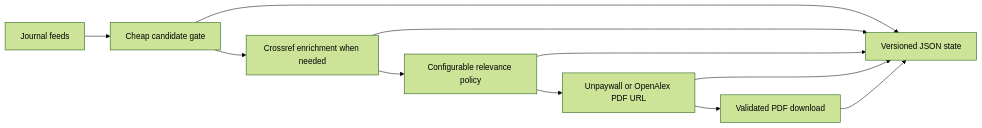
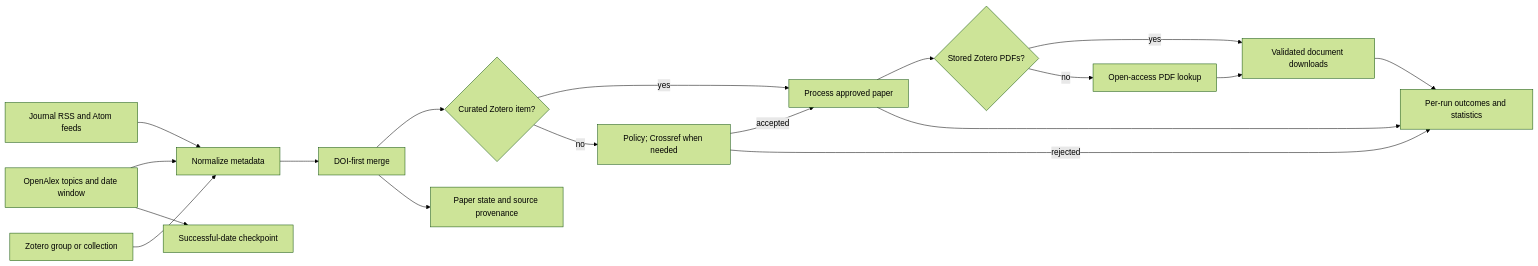
Before and after one commit to lamalab-org/perla-extract: the diagram in docs/workflows/papersbot.md, drawn with Mermaid (forest theme). The commit also changed other lines of this file and 62 other files, not shown here.

````diff
--- a/docs/workflows/papersbot.md
+++ b/docs/workflows/papersbot.md
@@ -8,13 +10,20 @@
 ```mermaid
 flowchart LR
-    A["Journal feeds"] --> B["Cheap candidate gate"]
-    B --> C["Crossref enrichment when needed"]
-    C --> D["Configurable relevance policy"]
-    D --> E["Unpaywall or OpenAlex PDF URL"]
-    E --> F["Validated PDF download"]
-    B --> G["Versioned JSON state"]
-    C --> G
-    D --> G
-    E --> G
-    F --> G
+    A["Journal RSS and Atom feeds"] --> C["Normalize metadata"]
+    B["OpenAlex topics and date window"] --> C
+    Z["Zotero group or collection"] --> C
+    C --> D["DOI-first merge"]
+    D --> E{"Curated Zotero item?"}
+    E -->|"yes"| P["Process approved paper"]
+    E -->|"no"| F["Policy; Crossref when needed"]
+    F -->|"accepted"| P
+    F -->|"rejected"| K["Per-run outcomes and statistics"]
+    P --> ZA{"Stored Zotero PDFs?"}
+    ZA -->|"yes"| H["Validated document downloads"]
+    ZA -->|"no"| O["Open-access PDF lookup"]
+    O --> H
+    D --> I["Paper state and source provenance"]
+    B --> J["Successful-date checkpoint"]
+    P --> K
+    H --> K
 ```
````
